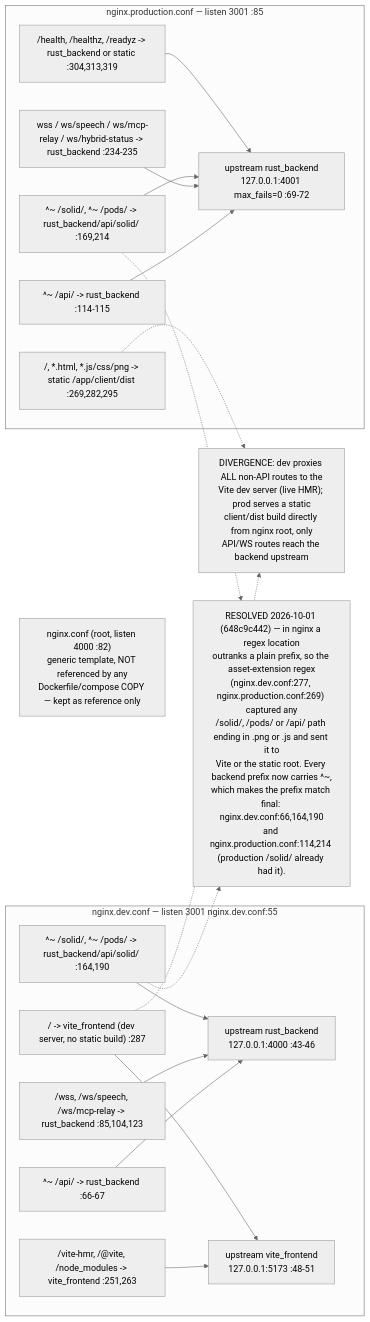
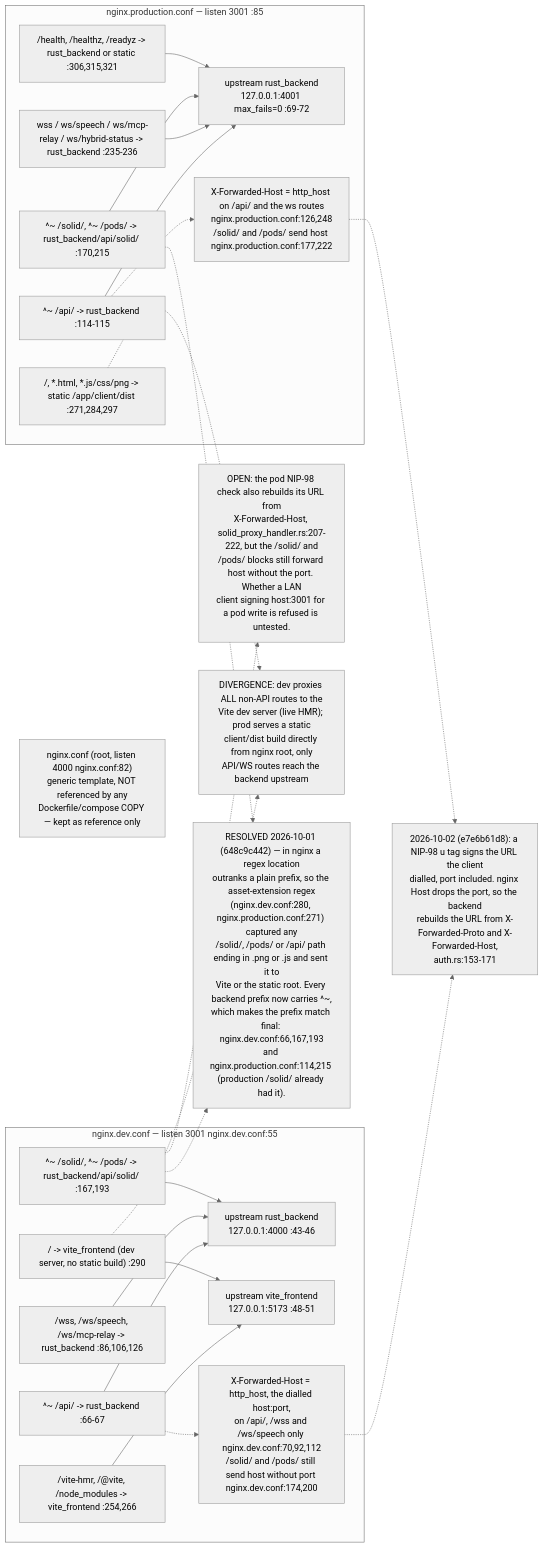
The ninth of 23 diagrams in docs/diagrams/estate/09-build-deploy-and-ci-estate.md (DreamLab-AI/VisionFlow), drawn with Mermaid (neutral theme) before and after one commit. The commit also changed other lines of this file and 31 other files, not shown here.

````diff
--- a/docs/diagrams/estate/09-build-deploy-and-ci-estate.md
+++ b/docs/diagrams/estate/09-build-deploy-and-ci-estate.md
@@ -309,39 +315,48 @@
 ```mermaid
 flowchart LR
     subgraph DEVNGINX["nginx.dev.conf — listen 3001 nginx.dev.conf:55"]
         DUPRUST["upstream rust_backend<br/>127.0.0.1:4000 :43-46"]
         DUPVITE["upstream vite_frontend<br/>127.0.0.1:5173 :48-51"]
         DAPI["^~ /api/ -> rust_backend :66-67"]
-        DWSS["/wss, /ws/speech, /ws/mcp-relay -> rust_backend :85,104,123"]
-        DSOLID["^~ /solid/, ^~ /pods/ -> rust_backend/api/solid/ :164,190"]
-        DHMR["/vite-hmr, /@vite, /node_modules -> vite_frontend :251,263"]
-        DROOT["/ -> vite_frontend (dev server, no static build) :287"]
+        DWSS["/wss, /ws/speech, /ws/mcp-relay -> rust_backend :86,106,126"]
+        DSOLID["^~ /solid/, ^~ /pods/ -> rust_backend/api/solid/ :167,193"]
+        DHMR["/vite-hmr, /@vite, /node_modules -> vite_frontend :254,266"]
+        DROOT["/ -> vite_frontend (dev server, no static build) :290"]
+        DXFH["X-Forwarded-Host = http_host, the dialled host:port,<br/>on /api/, /wss and /ws/speech only nginx.dev.conf:70,92,112<br/>/solid/ and /pods/ still send host without port nginx.dev.conf:174,200"]
     end
     subgraph PRODNGINX["nginx.production.conf — listen 3001 :85"]
         PUPRUST["upstream rust_backend<br/>127.0.0.1:4001 max_fails=0 :69-72"]
         PAPI["^~ /api/ -> rust_backend :114-115"]
-        PWS["wss / ws/speech / ws/mcp-relay / ws/hybrid-status -> rust_backend :234-235"]
-        PSOLID["^~ /solid/, ^~ /pods/ -> rust_backend/api/solid/ :169,214"]
-        PSTATIC["/, *.html, *.js/css/png -> static /app/client/dist :269,282,295"]
-        PHEALTH["/health, /healthz, /readyz -> rust_backend or static :304,313,319"]
+        PWS["wss / ws/speech / ws/mcp-relay / ws/hybrid-status -> rust_backend :235-236"]
+        PSOLID["^~ /solid/, ^~ /pods/ -> rust_backend/api/solid/ :170,215"]
+        PSTATIC["/, *.html, *.js/css/png -> static /app/client/dist :271,284,297"]
+        PHEALTH["/health, /healthz, /readyz -> rust_backend or static :306,315,321"]
+        PXFH["X-Forwarded-Host = http_host on /api/ and the ws routes<br/>nginx.production.conf:126,248<br/>/solid/ and /pods/ send host nginx.production.conf:177,222"]
     end
-    LEGACY["nginx.conf (root, listen 4000 :82)<br/>generic template, NOT referenced by any<br/>Dockerfile/compose COPY — kept as reference only"]
+    LEGACY["nginx.conf (root, listen 4000 nginx.conf:82)<br/>generic template, NOT referenced by any<br/>Dockerfile/compose COPY — kept as reference only"]
 
     DAPI --> DUPRUST
     DWSS --> DUPRUST
     DSOLID --> DUPRUST
     DHMR --> DUPVITE
     DROOT --> DUPVITE
     PAPI --> PUPRUST
     PWS --> PUPRUST
     PSOLID --> PUPRUST
     PHEALTH --> PUPRUST
+    DAPI -.-> DXFH
+    PAPI -.-> PXFH
+    XFHWHY["2026-10-02 (e7e6b61d8): a NIP-98 u tag signs the URL the client<br/>dialled, port included. nginx Host drops the port, so the backend<br/>rebuilds the URL from X-Forwarded-Proto and X-Forwarded-Host,<br/>auth.rs:153-171"]
+    DXFH -.-> XFHWHY
+    PXFH -.-> XFHWHY
+    XFHOPEN["OPEN: the pod NIP-98 check also rebuilds its URL from<br/>X-Forwarded-Host, solid_proxy_handler.rs:207-222, but the /solid/ and<br/>/pods/ blocks still forward host without the port. Whether a LAN<br/>client signing host:3001 for a pod write is refused is untested."]
+    DSOLID -.-> XFHOPEN
 
     DIVNOTE["DIVERGENCE: dev proxies ALL non-API routes to the<br/>Vite dev server (live HMR); prod serves a static<br/>client/dist build directly from nginx root, only<br/>API/WS routes reach the backend upstream"]
     DROOT -.-> DIVNOTE
     PSTATIC -.-> DIVNOTE
 
-    PRECED["RESOLVED 2026-10-01 (648c9c442) — in nginx a regex location<br/>outranks a plain prefix, so the asset-extension regex<br/>(nginx.dev.conf:277, nginx.production.conf:269) captured any<br/>/solid/, /pods/ or /api/ path ending in .png or .js and sent it to<br/>Vite or the static root. Every backend prefix now carries ^~,<br/>which makes the prefix match final: nginx.dev.conf:66,164,190<br/>and nginx.production.conf:114,214 (production /solid/ already had it)."]
+    PRECED["RESOLVED 2026-10-01 (648c9c442) — in nginx a regex location<br/>outranks a plain prefix, so the asset-extension regex<br/>(nginx.dev.conf:280, nginx.production.conf:271) captured any<br/>/solid/, /pods/ or /api/ path ending in .png or .js and sent it to<br/>Vite or the static root. Every backend prefix now carries ^~,<br/>which makes the prefix match final: nginx.dev.conf:66,167,193<br/>and nginx.production.conf:114,215 (production /solid/ already had it)."]
     DSOLID -.-> PRECED
     PSOLID -.-> PRECED
 ```
````
